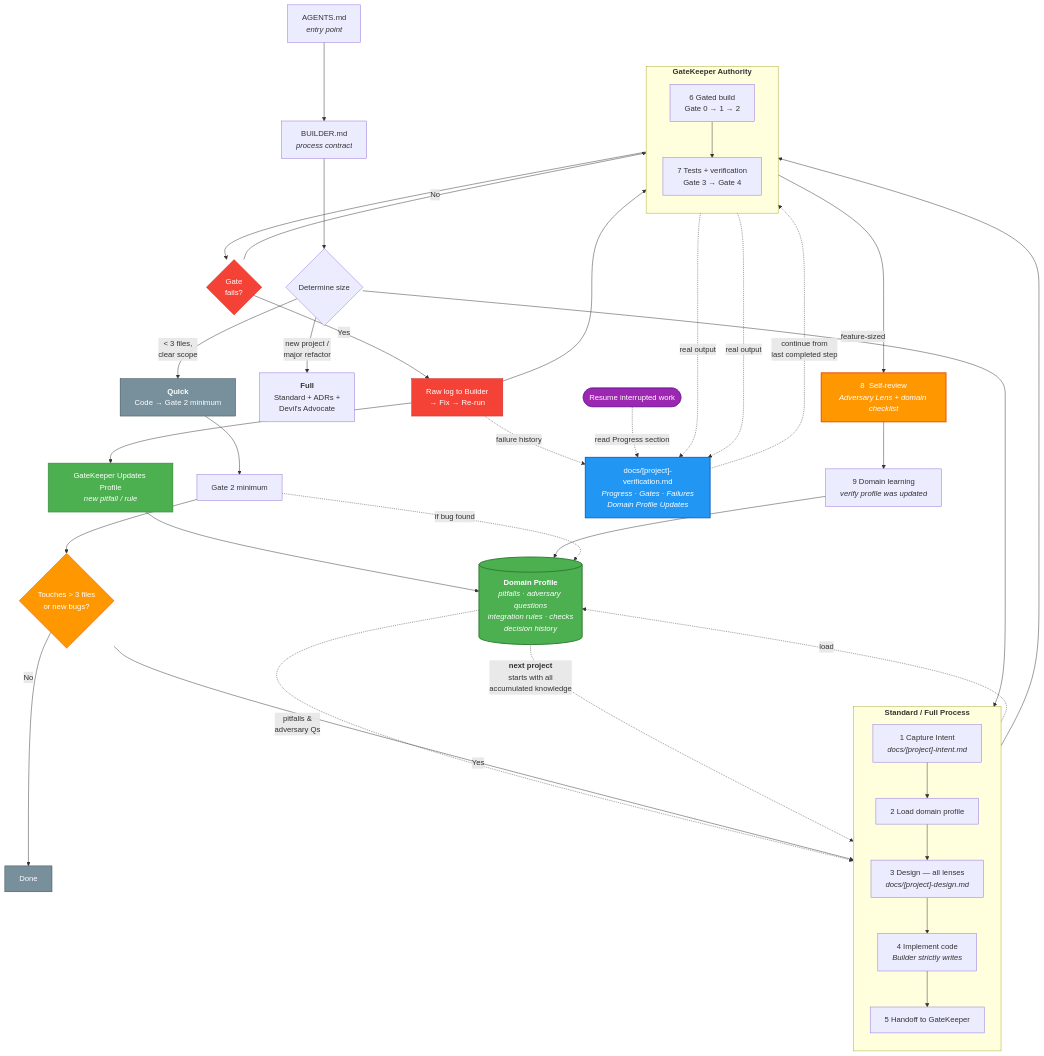
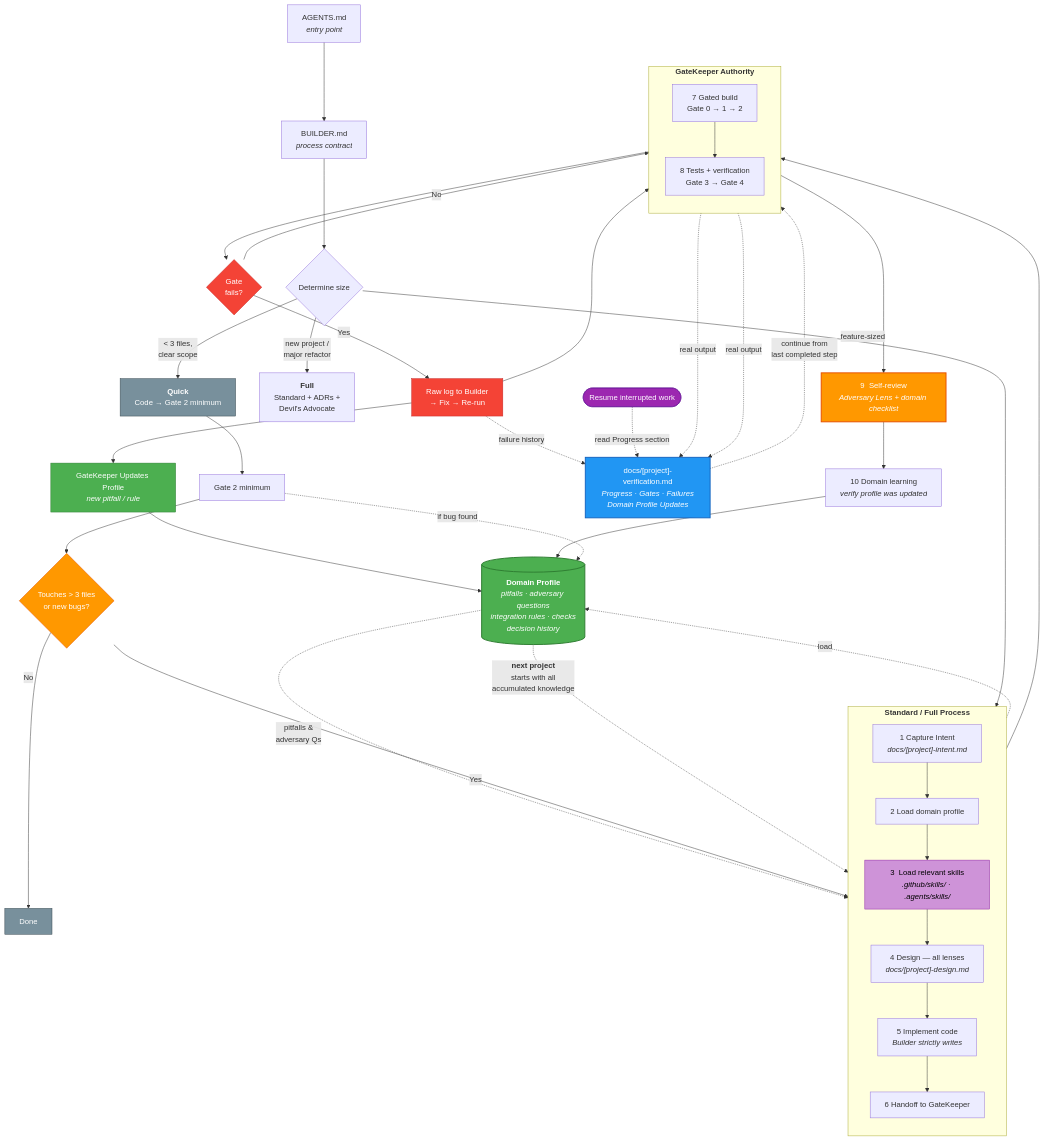
One commit to oscarmarina/agent-kit changed the diagram in README.md. Above: the diagram before and after it, drawn with Mermaid. The commit also changed other lines of this file and 8 other files, not shown here.

```diff
--- a/README.md
+++ b/README.md
@@ -31,12 +31,14 @@
         direction TB
         INTENT["1  Capture Intent<br/><i>docs/[project]-intent.md</i>"]
         LOAD_PROFILE["2  Load domain profile"]
-        DESIGN["3  Design — all lenses<br/><i>docs/[project]-design.md</i>"]
-        WRITE_CODE["4  Implement code<br/><i>Builder strictly writes</i>"]
-        HANDOFF["5  Handoff to GateKeeper"]
+        LOAD_SKILLS["3  Load relevant skills<br/><i>.github/skills/ · .agents/skills/</i>"]
+        DESIGN["4  Design — all lenses<br/><i>docs/[project]-design.md</i>"]
+        WRITE_CODE["5  Implement code<br/><i>Builder strictly writes</i>"]
+        HANDOFF["6  Handoff to GateKeeper"]
         
         INTENT --> LOAD_PROFILE
-        LOAD_PROFILE --> DESIGN
+        LOAD_PROFILE --> LOAD_SKILLS
+        LOAD_SKILLS --> DESIGN
         DESIGN --> WRITE_CODE
         WRITE_CODE --> HANDOFF
     end
@@ -44,8 +46,8 @@
     %% ── Verification Loop (GateKeeper) ──
     subgraph VERIFICATION ["<b>GateKeeper Authority</b>"]
         direction TB
-        GATES["6  Gated build<br/>Gate 0 → 1 → 2"]
-        TESTS["7  Tests + verification<br/>Gate 3 → Gate 4"]
+        GATES["7  Gated build<br/>Gate 0 → 1 → 2"]
+        TESTS["8  Tests + verification<br/>Gate 3 → Gate 4"]
         GATES --> TESTS
     end
     
@@ -67,8 +69,8 @@
     FAIL -->|"No"| TESTS
 
     %% ── Learning cycle ──
-    TESTS --> REVIEW["8  Self-review<br/><i>Adversary Lens + domain checklist</i>"]
-    REVIEW --> LEARNING["9  Domain learning<br/><i>verify profile was updated</i>"]
+    TESTS --> REVIEW["9  Self-review<br/><i>Adversary Lens + domain checklist</i>"]
+    REVIEW --> LEARNING["10  Domain learning<br/><i>verify profile was updated</i>"]
     LEARNING --> DP
 
     %% ── Verification log ──
@@ -99,6 +101,7 @@
     style FAIL fill:#f44336,color:#fff,stroke:#c62828
     style FIX fill:#f44336,color:#fff,stroke:#c62828
     style UPDATE_PROFILE fill:#4CAF50,color:#fff,stroke:#2E7D32
+    style LOAD_SKILLS fill:#CE93D8,color:#000,stroke:#8E24AA,stroke-width:1px
     style RESUME fill:#9C27B0,color:#fff,stroke:#6A1B9A
     style QUICK fill:#78909C,color:#fff,stroke:#37474F
     style QUICK_DONE fill:#78909C,color:#fff,stroke:#37474F
```
